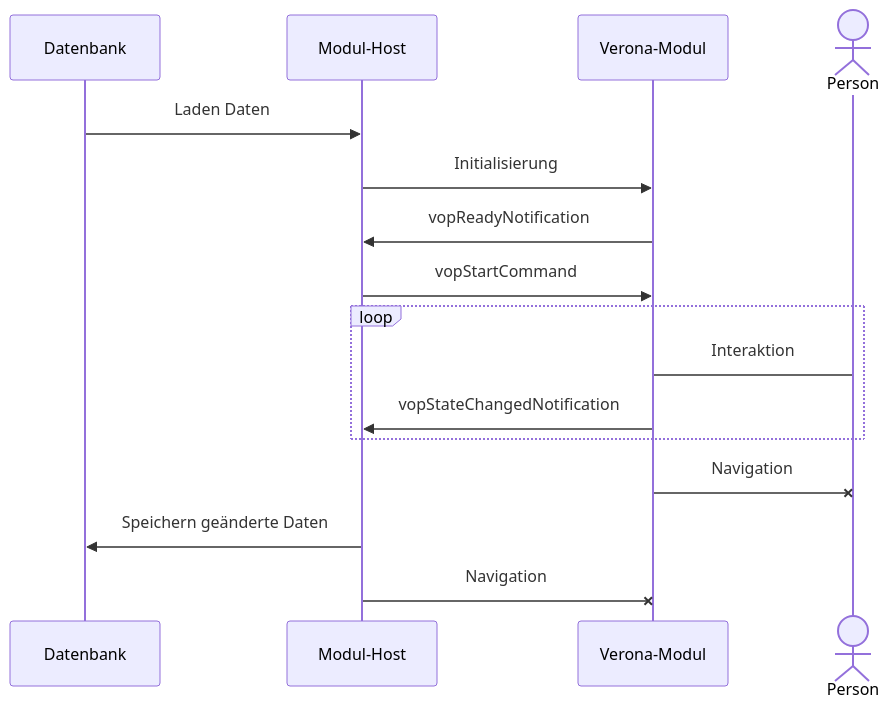
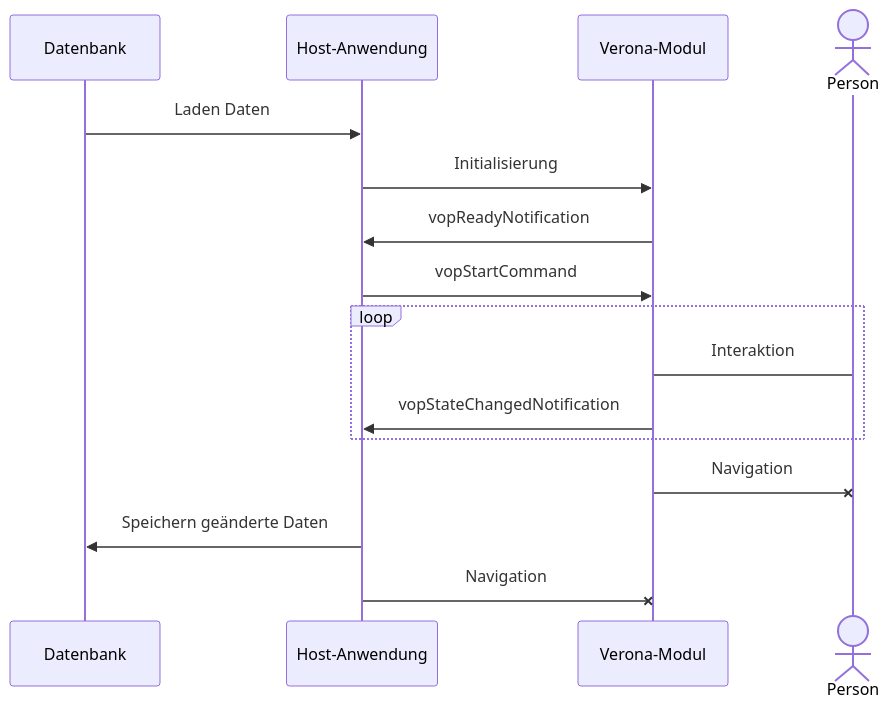
The diagram in intro/modelling.qmd (verona-interfaces/verona-interfaces.github.io), drawn with Mermaid before and after one commit. The commit also changed other lines of this file and 6 other files, not shown here.

````diff
--- a/intro/modelling.qmd
+++ b/intro/modelling.qmd
@@ -6,19 +7,19 @@
 ```{mermaid}
 sequenceDiagram
     participant DB as Datenbank
-    participant MH as Modul-Host
+    participant HA as Host-Anwendung
 
-    DB->>MH:Laden Daten
+    DB->>HA:Laden Daten
     participant VM as Verona-Modul
-    MH->>VM:Initialisierung
-    VM->>MH:vopReadyNotification
-    MH->>VM:vopStartCommand
+    HA->>VM:Initialisierung
+    VM->>HA:vopReadyNotification
+    HA->>VM:vopStartCommand
     loop
         Actor TP as Person
         VM->TP:Interaktion
-        VM->>MH:vopStateChangedNotification
+        VM->>HA:vopStateChangedNotification
     end
     VM-xTP:Navigation
-    MH->>DB:Speichern geänderte Daten
-    MH-xVM:Navigation
+    HA->>DB:Speichern geänderte Daten
+    HA-xVM:Navigation
 ```
````
